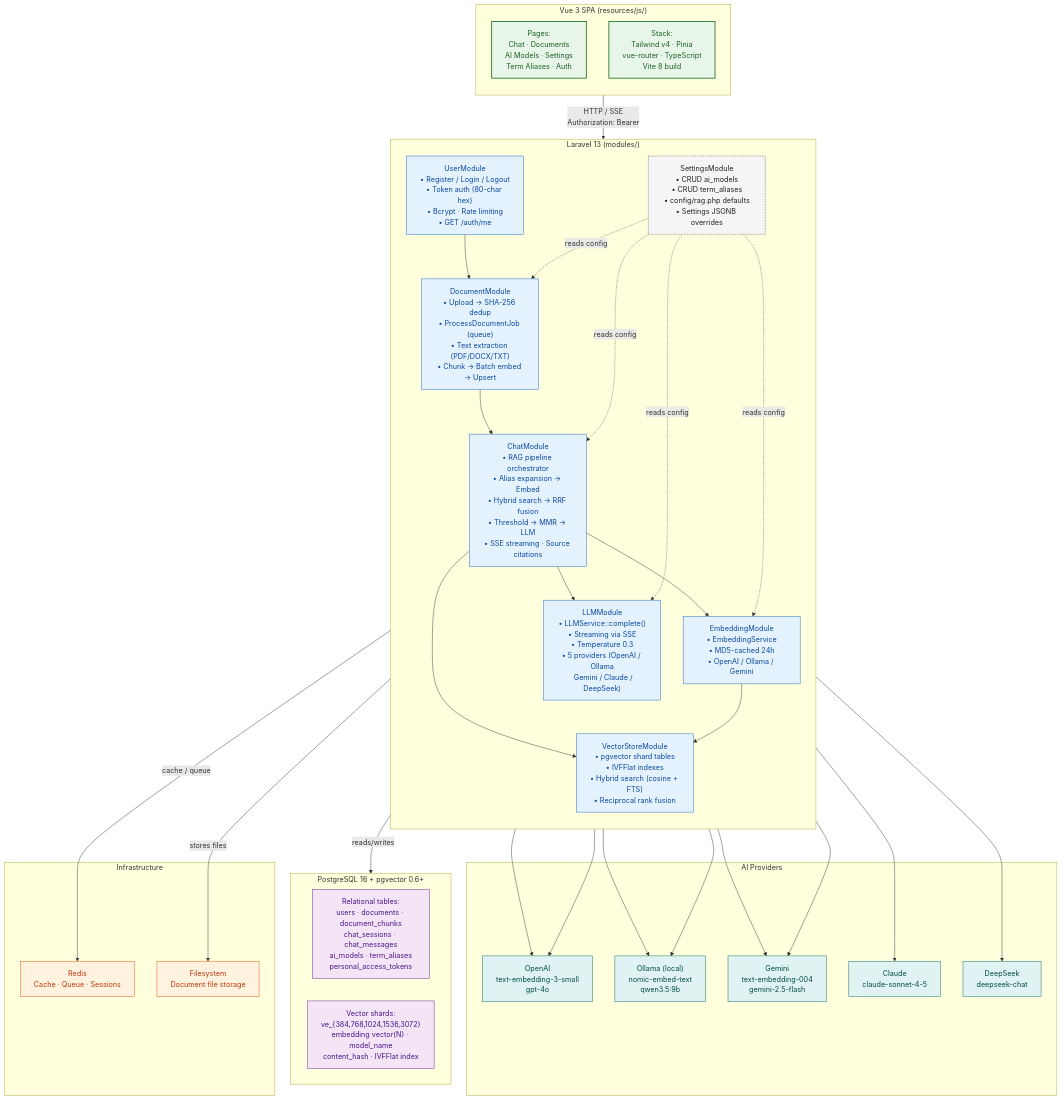
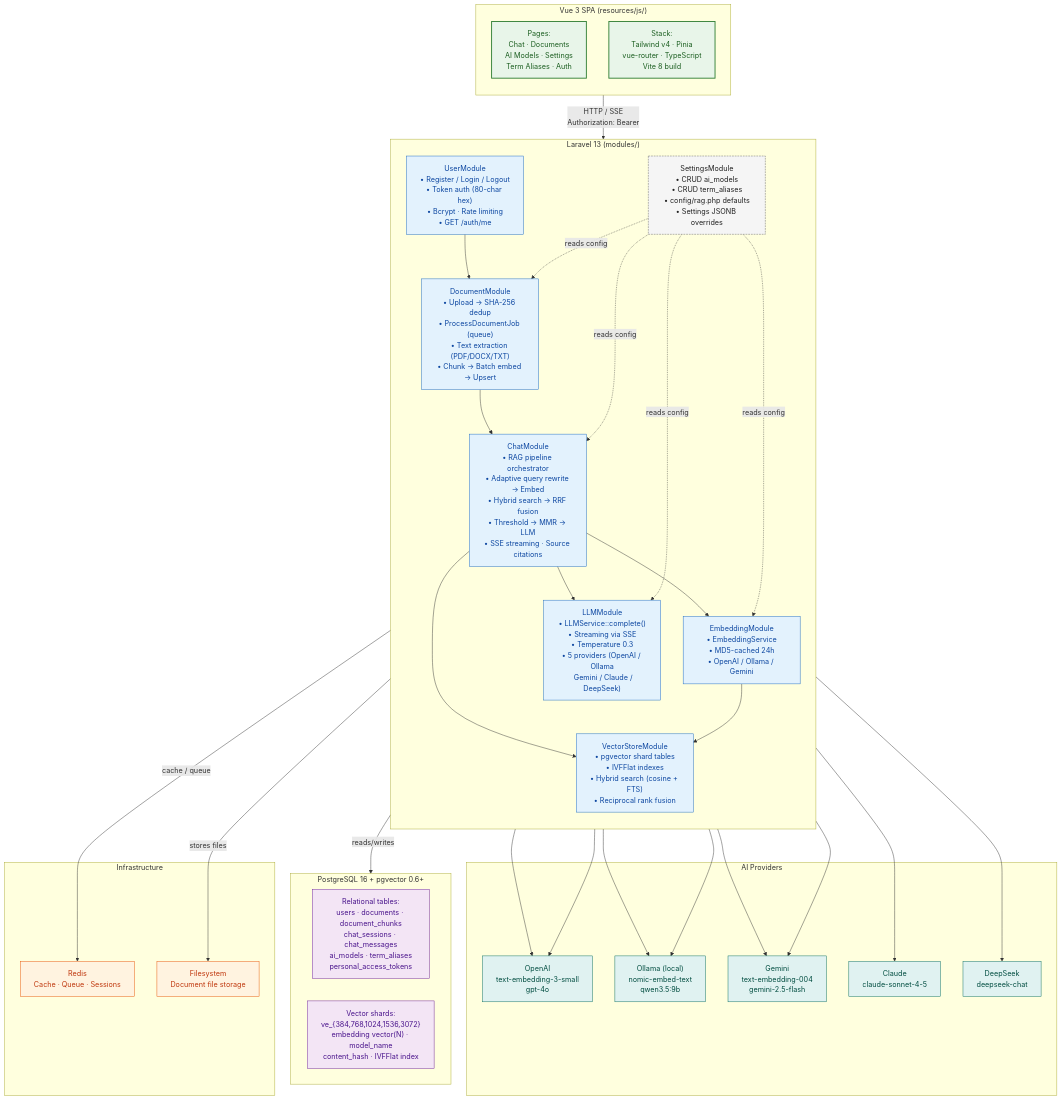
The first of 2 diagrams in README.md (bobo541574/lumina-rag), drawn with Mermaid before and after one commit. The commit also changed other lines of this file, not shown here.

Commit message:
docs(readme): update flow diagrams for adaptive query rewriter

````diff
--- a/README.md
+++ b/README.md
@@ -65,78 +65,78 @@
 ```mermaid
 flowchart TB
     classDef frontend fill:#e8f5e9,stroke:#2e7d32,stroke-width:2px,color:#1b5e20
     classDef module fill:#e3f2fd,stroke:#1565c0,stroke-width:1px,color:#0d47a1
     classDef infra fill:#fff3e0,stroke:#e65100,stroke-width:1px,color:#bf360c
     classDef storage fill:#f3e5f5,stroke:#6a1b9a,stroke-width:1px,color:#4a148c
     classDef config fill:#f5f5f5,stroke:#616161,stroke-width:1px,color:#212121,stroke-dasharray:4 2
     classDef external fill:#e0f2f1,stroke:#00695c,stroke-width:1px,color:#004d40
 
     subgraph Frontend["Vue 3 SPA (resources/js/)"]
         direction TB
         Pages["Pages:\nChat · Documents\nAI Models · Settings\nTerm Aliases · Auth"]:::frontend
         UI["Stack:\nTailwind v4 · Pinia\nvue-router · TypeScript\nVite 8 build"]:::frontend
     end
 
     subgraph Backend["Laravel 13 (modules/)"]
         direction TB
 
         UserMod["UserModule\n• Register / Login / Logout\n• Token auth (80-char hex)\n• Bcrypt · Rate limiting\n• GET /auth/me"]:::module
 
         DocMod["DocumentModule\n• Upload → SHA-256 dedup\n• ProcessDocumentJob (queue)\n• Text extraction (PDF/DOCX/TXT)\n• Chunk → Batch embed → Upsert"]:::module
 
-        ChatMod["ChatModule\n• RAG pipeline orchestrator\n• Alias expansion → Embed\n• Hybrid search → RRF fusion\n• Threshold → MMR → LLM\n• SSE streaming · Source citations"]:::module
+        ChatMod["ChatModule\n• RAG pipeline orchestrator\n• Adaptive query rewrite → Embed\n• Hybrid search → RRF fusion\n• Threshold → MMR → LLM\n• SSE streaming · Source citations"]:::module
 
         EmbedMod["EmbeddingModule\n• EmbeddingService\n• MD5-cached 24h\n• OpenAI / Ollama / Gemini"]:::module
 
         LLMMod["LLMModule\n• LLMService::complete()\n• Streaming via SSE\n• Temperature 0.3\n• 5 providers (OpenAI / Ollama\n  Gemini / Claude / DeepSeek)"]:::module
 
         VectorMod["VectorStoreModule\n• pgvector shard tables\n• IVFFlat indexes\n• Hybrid search (cosine + FTS)\n• Reciprocal rank fusion"]:::module
 
         SettingsMod["SettingsModule\n• CRUD ai_models\n• CRUD term_aliases\n• config/rag.php defaults\n• Settings JSONB overrides"]:::config
     end
 
     subgraph Storage["PostgreSQL 16 + pgvector 0.6+"]
         Relational["Relational tables:\nusers · documents · document_chunks\nchat_sessions · chat_messages\nai_models · term_aliases\npersonal_access_tokens"]:::storage
         Vectors["Vector shards:\nve_{384,768,1024,1536,3072}\nembedding vector(N) · model_name\ncontent_hash · IVFFlat index"]:::storage
     end
 
     subgraph AI["AI Providers"]
         OpenAI["OpenAI\ntext-embedding-3-small\ngpt-4o"]:::external
         Ollama["Ollama (local)\nnomic-embed-text\nqwen3.5:9b"]:::external
         Gemini["Gemini\ntext-embedding-004\ngemini-2.5-flash"]:::external
         Claude["Claude\nclaude-sonnet-4-5"]:::external
         DeepSeek["DeepSeek\ndeepseek-chat"]:::external
     end
 
     subgraph Infra["Infrastructure"]
         Redis["Redis\nCache · Queue · Sessions"]:::infra
         Filesystem["Filesystem\nDocument file storage"]:::infra
     end
 
     Frontend -->|"HTTP / SSE\nAuthorization: Bearer"| Backend
 
     UserMod --> DocMod
     DocMod --> ChatMod
     ChatMod --> EmbedMod
     ChatMod --> LLMMod
     ChatMod --> VectorMod
     EmbedMod --> VectorMod
 
     SettingsMod -.->|"reads config"| DocMod
     SettingsMod -.->|"reads config"| ChatMod
     SettingsMod -.->|"reads config"| EmbedMod
     SettingsMod -.->|"reads config"| LLMMod
 
     Backend -->|"reads/writes"| Storage
     Backend -->|"cache / queue"| Redis
     DocMod -->|"stores files"| Filesystem
 
     EmbedMod --> OpenAI
     EmbedMod --> Ollama
     EmbedMod --> Gemini
     LLMMod --> OpenAI
     LLMMod --> Ollama
     LLMMod --> Gemini
     LLMMod --> Claude
     LLMMod --> DeepSeek
 ```
````
